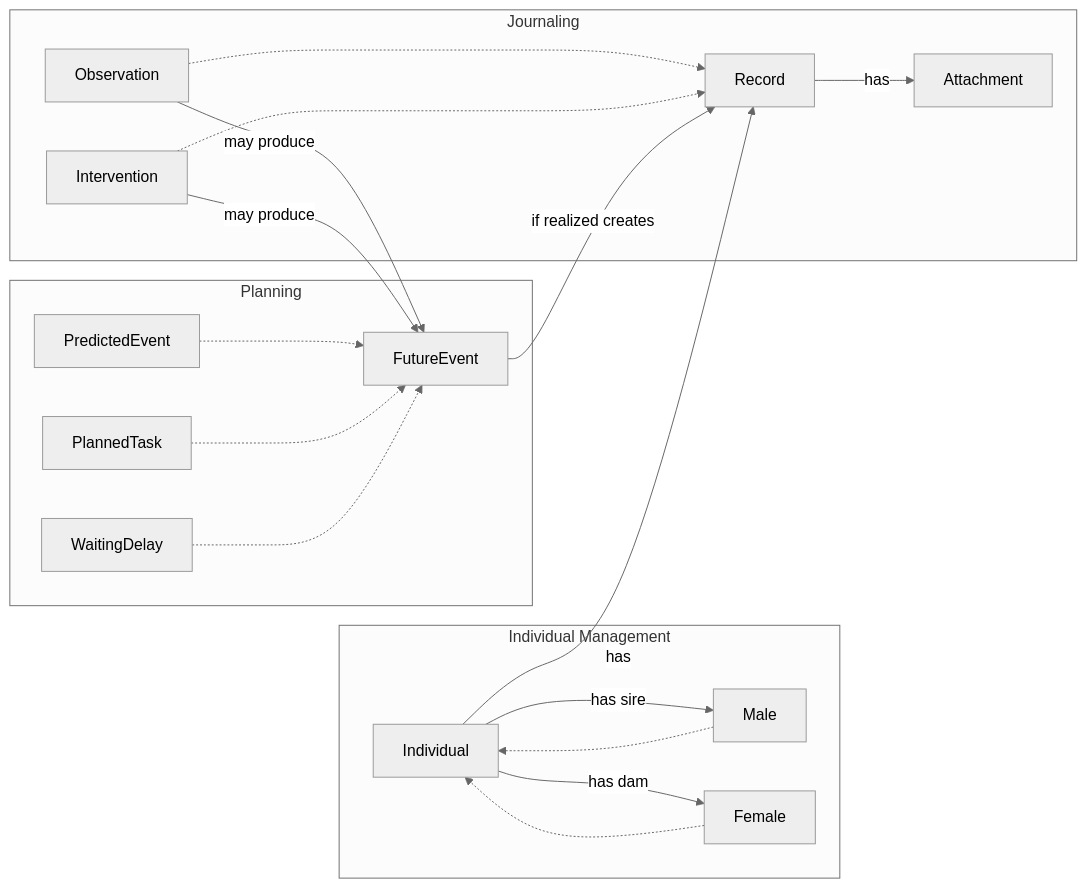
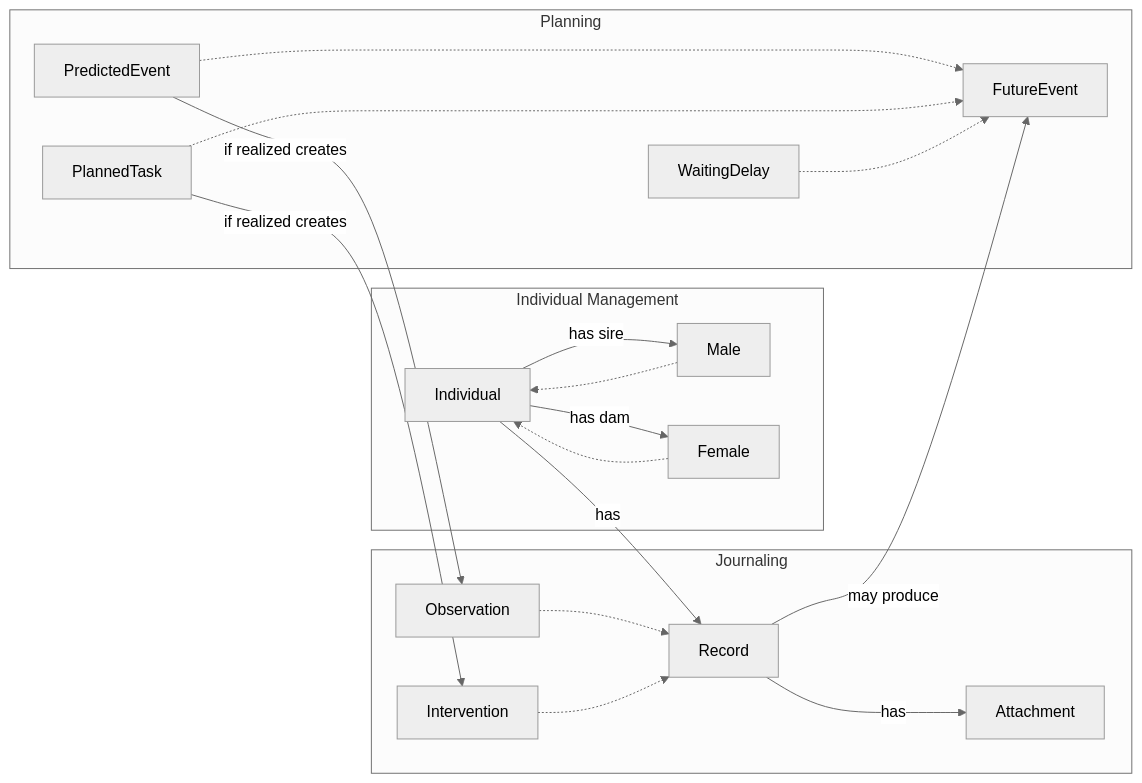
The first of 2 diagrams in docs/domain-model/object-model/business-object-model.md (lyndametref/geep), drawn with Mermaid (neutral theme) before and after one commit. The commit also changed 5 other files, not shown here.

````diff
--- a/docs/domain-model/object-model/business-object-model.md
+++ b/docs/domain-model/object-model/business-object-model.md
@@ -3,41 +3,41 @@
 ```mermaid
 graph LR
         subgraph IndividualManagement["Individual Management"]
                 Individual["Individual"]
                 Male["Male"]
                 Female["Female"]
         end
 
         subgraph Journaling["Journaling"]
                 Record["Record"]
                 Observation["Observation"]
                 Intervention["Intervention"]
                 Attachment["Attachment"]
         end
 
         subgraph Planning["Planning"]
                 FutureEvent["FutureEvent"]
                 PredictedEvent["PredictedEvent"]
                 PlannedTask["PlannedTask"]
                 WaitingDelay["WaitingDelay"]
         end
 
         Male -.-> Individual
         Female -.-> Individual
 
         Individual -->|has sire| Male
         Individual -->|has dam| Female
         Individual -->|has| Record
         Record -->|has| Attachment
 
         Observation -.-> Record
         Intervention -.-> Record
 
         PredictedEvent -.-> FutureEvent
         PlannedTask -.-> FutureEvent
         WaitingDelay -.-> FutureEvent
 
-        Observation -->|may produce| FutureEvent
-        Intervention -->|may produce| FutureEvent
-        FutureEvent -->|if realized creates| Record
+        Record -->|may produce| FutureEvent
+        PredictedEvent -->|if realized creates| Observation        
+        PlannedTask -->|if realized creates| Intervention
 ```
````
